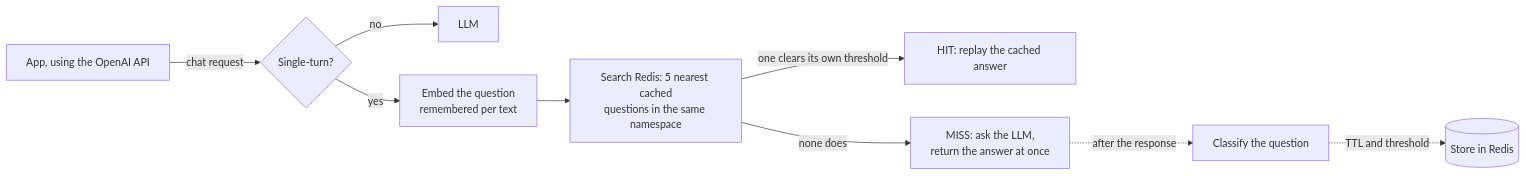
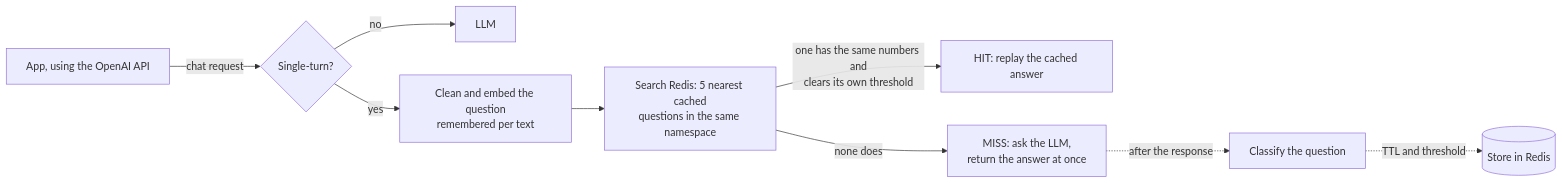
Before and after one commit to haziqjaii/semantic-cache: the diagram in README.md, drawn with Mermaid. The commit also changed other lines of this file and 10 other files, not shown here.

````diff
--- a/README.md
+++ b/README.md
@@ -28,11 +28,11 @@
 ```mermaid
 flowchart LR
     A[App, using the OpenAI API] -->|chat request| B{Single-turn?}
     B -->|no| L[LLM]
-    B -->|yes| C[Embed the question<br/>remembered per text]
+    B -->|yes| C[Clean and embed the question<br/>remembered per text]
     C --> D[Search Redis: 5 nearest cached<br/>questions in the same namespace]
-    D -->|one clears its own threshold| H[HIT: replay the cached answer]
+    D -->|one has the same numbers and<br/>clears its own threshold| H[HIT: replay the cached answer]
     D -->|none does| M[MISS: ask the LLM,<br/>return the answer at once]
     M -. after the response .-> K[Classify the question]
     K -. TTL and threshold .-> S[(Store in Redis)]
 ```
````
